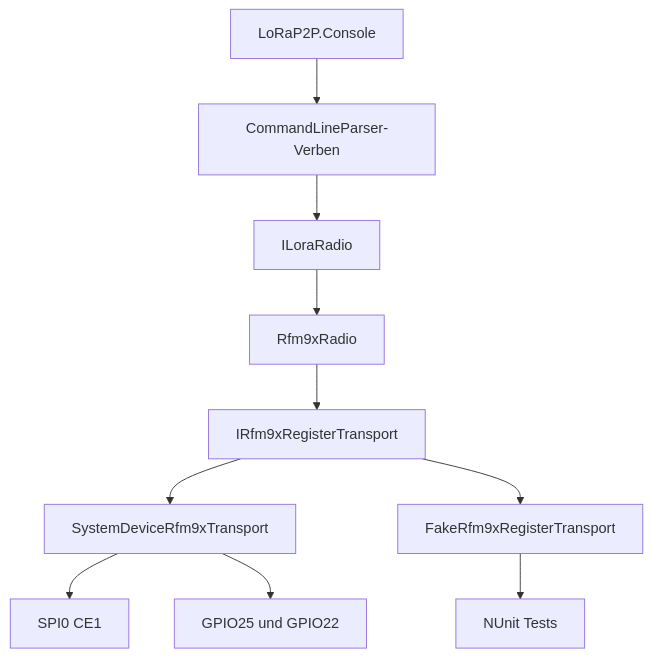
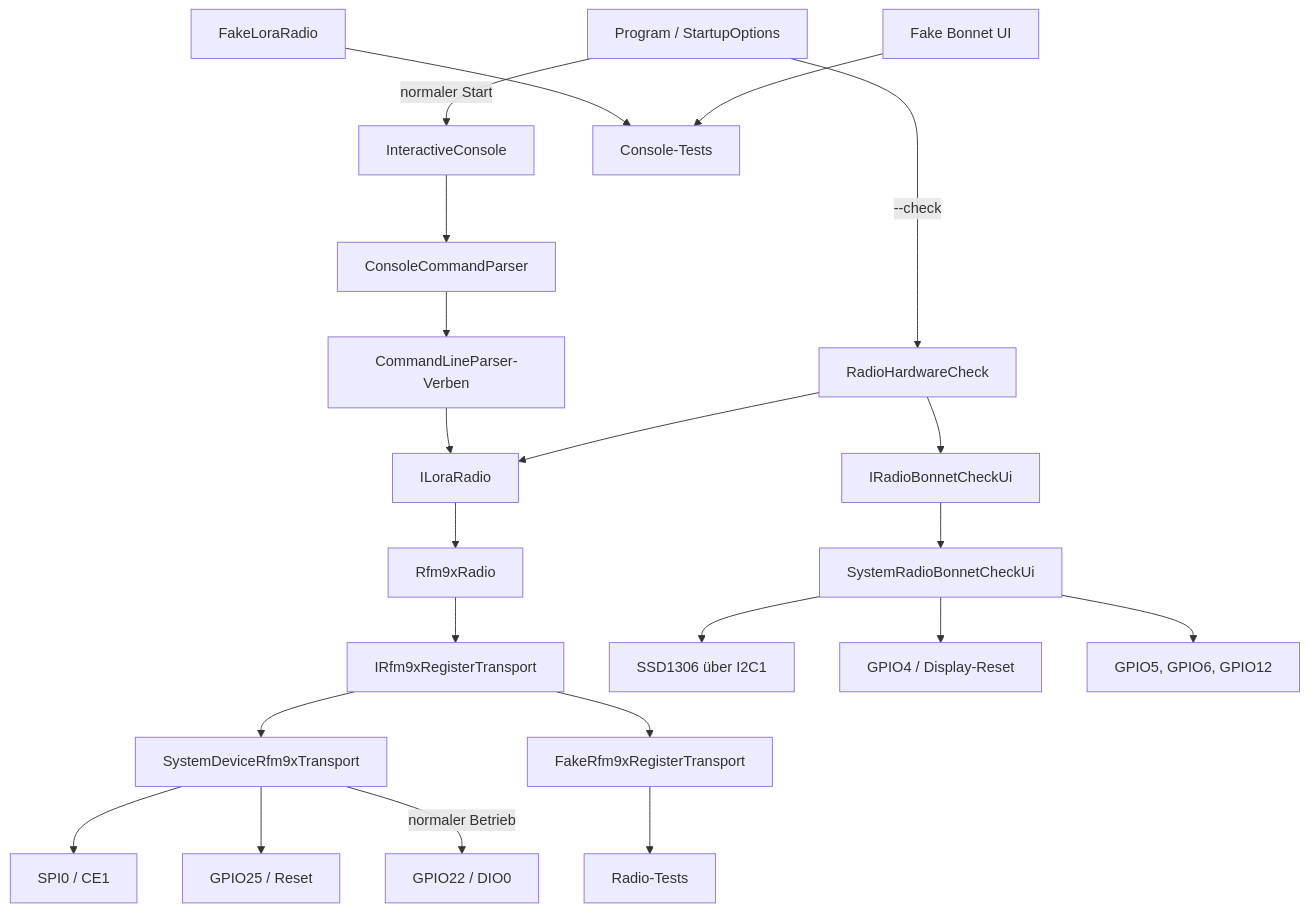
One commit to thomasbiel/LoRaP2P changed the diagram in docs/PRD.md. Above: the diagram before and after it, drawn with Mermaid.

````diff
--- a/docs/PRD.md
+++ b/docs/PRD.md
@@ -177,12 +177,32 @@
 ```mermaid
 flowchart TD
-    CLI[LoRaP2P.Console] --> VERBS[CommandLineParser-Verben]
+    PROGRAM[Program / StartupOptions]
+
+    PROGRAM -->|normaler Start| CLI[InteractiveConsole]
+    PROGRAM -->|--check| CHECK[RadioHardwareCheck]
+
+    CLI --> PARSER[ConsoleCommandParser]
+    PARSER --> VERBS[CommandLineParser-Verben]
     VERBS --> API[ILoraRadio]
+    CHECK --> API
+    CHECK --> BONNET_API[IRadioBonnetCheckUi]
+
     API --> RADIO[Rfm9xRadio]
     RADIO --> PORT[IRfm9xRegisterTransport]
+
     PORT --> PI[SystemDeviceRfm9xTransport]
-    PORT --> FAKE[FakeRfm9xRegisterTransport]
-    PI --> SPI[SPI0 CE1]
-    PI --> GPIO[GPIO25 und GPIO22]
-    FAKE --> TESTS[NUnit Tests]
+    PORT --> FAKE_TRANSPORT[FakeRfm9xRegisterTransport]
+
+    PI --> SPI[SPI0 / CE1]
+    PI --> RESET[GPIO25 / Reset]
+    PI -->|normaler Betrieb| DIO0[GPIO22 / DIO0]
+
+    BONNET_API --> BONNET[SystemRadioBonnetCheckUi]
+    BONNET --> OLED[SSD1306 über I2C1]
+    BONNET --> DISPLAY_RESET[GPIO4 / Display-Reset]
+    BONNET --> BUTTONS[GPIO5, GPIO6, GPIO12]
+
+    FAKE_RADIO[FakeLoraRadio] --> CONSOLE_TESTS[Console-Tests]
+    FAKE_BONNET[Fake Bonnet UI] --> CONSOLE_TESTS
+    FAKE_TRANSPORT --> RADIO_TESTS[Radio-Tests]
 ```
````
